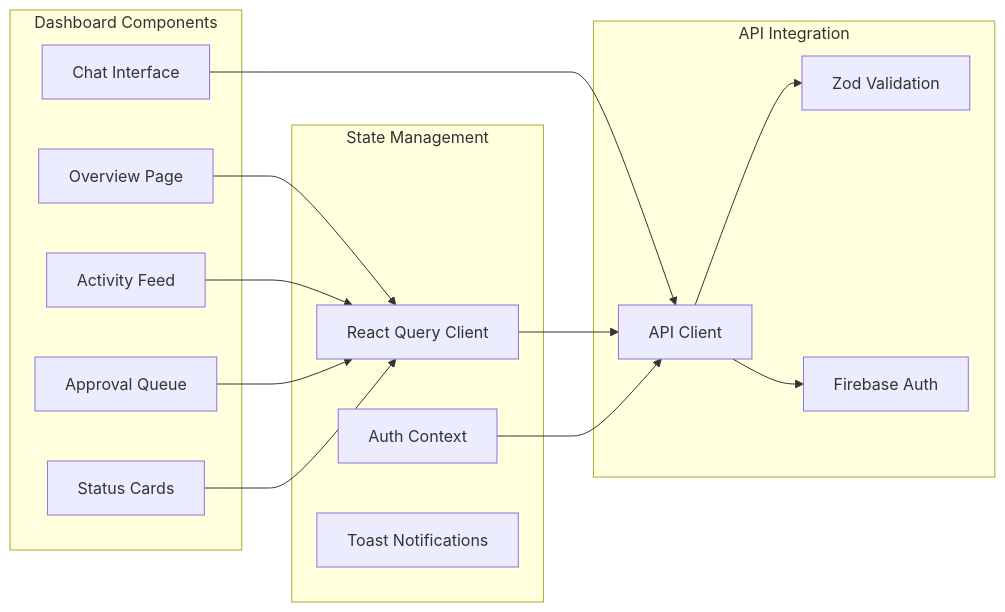
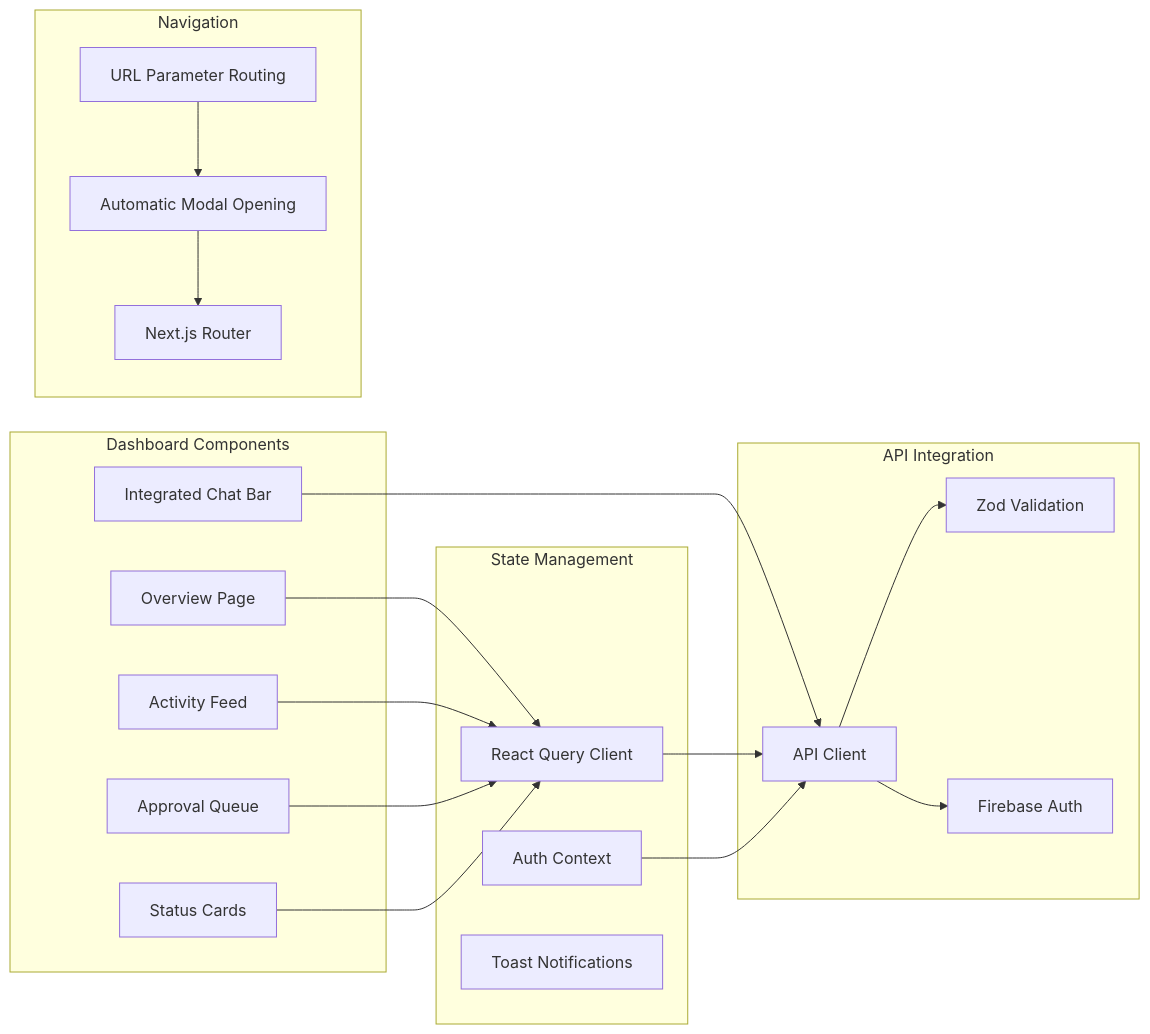
The third of 10 diagrams in .qoder/repowiki/en/content/Architecture Overview/Architecture Overview.md (infamous-rebel/CareBridge), drawn with Mermaid before and after one commit. The commit also changed other lines of this file and 6 other files, not shown here.

Commit message:
Fix: empty-list handling for appointments + correct boolean schema for medications

````diff
--- a/.qoder/repowiki/en/content/Architecture Overview/Architecture Overview.md
+++ b/.qoder/repowiki/en/content/Architecture Overview/Architecture Overview.md
@@ -155,29 +159,36 @@
 ```mermaid
 graph LR
 subgraph "Dashboard Components"
 Overview[Overview Page]
 Activity[Activity Feed]
 Approvals[Approval Queue]
-Chat[Chat Interface]
+Chat[Integrated Chat Bar]
 Status[Status Cards]
 end
 subgraph "State Management"
 QueryClient[React Query Client]
 AuthContext[Auth Context]
 Toast[Toast Notifications]
+end
+subgraph "Navigation"
+URLParams[URL Parameter Routing]
+AutoModal[Automatic Modal Opening]
+Router[Next.js Router]
 end
 subgraph "API Integration"
 ApiClient[API Client]
 Schemas[Zod Validation]
 Firebase[Firebase Auth]
 end
 Overview --> QueryClient
 Activity --> QueryClient
 Approvals --> QueryClient
 Chat --> ApiClient
 Status --> QueryClient
 QueryClient --> ApiClient
+URLParams --> AutoModal
+AutoModal --> Router
 ApiClient --> Schemas
 ApiClient --> Firebase
 AuthContext --> ApiClient
 ```
````
